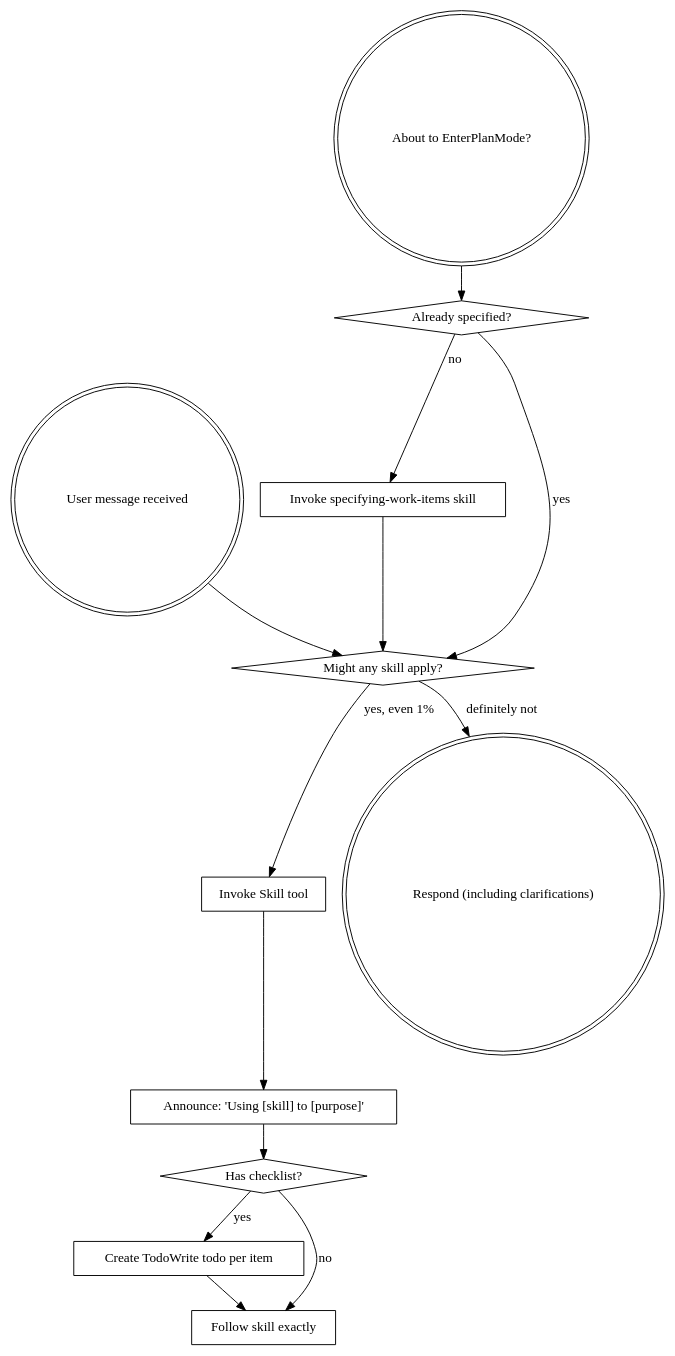
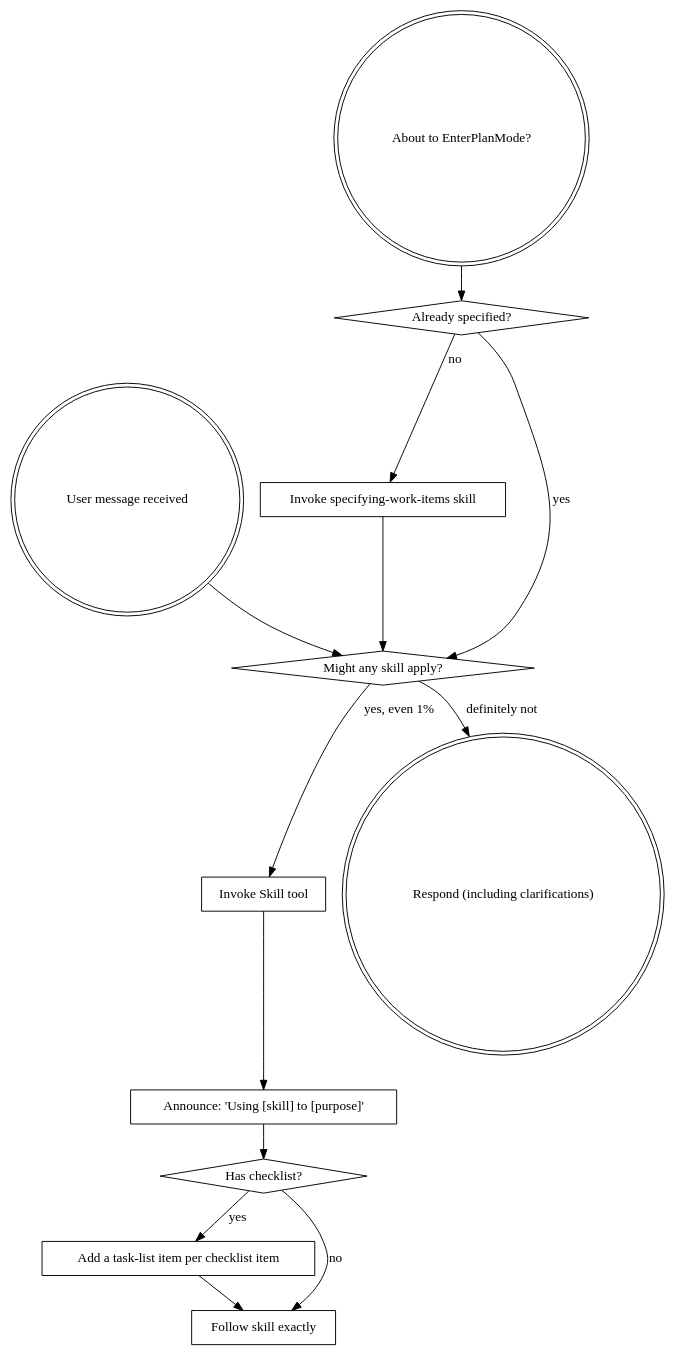
One commit to Itzalive/resistance-ai changed the diagram in skills/using-resistance-engine/SKILL.md. Above: the diagram before and after it, drawn with Graphviz. The commit also changed 10 other files, not shown here.

````diff
--- a/skills/using-resistance-engine/SKILL.md
+++ b/skills/using-resistance-engine/SKILL.md
@@ -50,29 +50,29 @@
 ```dot
 digraph skill_flow {
     "User message received" [shape=doublecircle];
     "About to EnterPlanMode?" [shape=doublecircle];
     "Already specified?" [shape=diamond];
     "Invoke specifying-work-items skill" [shape=box];
     "Might any skill apply?" [shape=diamond];
     "Invoke Skill tool" [shape=box];
     "Announce: 'Using [skill] to [purpose]'" [shape=box];
     "Has checklist?" [shape=diamond];
-    "Create TodoWrite todo per item" [shape=box];
+    "Add a task-list item per checklist item" [shape=box];
     "Follow skill exactly" [shape=box];
     "Respond (including clarifications)" [shape=doublecircle];
 
     "About to EnterPlanMode?" -> "Already specified?";
     "Already specified?" -> "Invoke specifying-work-items skill" [label="no"];
     "Already specified?" -> "Might any skill apply?" [label="yes"];
     "Invoke specifying-work-items skill" -> "Might any skill apply?";
 
     "User message received" -> "Might any skill apply?";
     "Might any skill apply?" -> "Invoke Skill tool" [label="yes, even 1%"];
     "Might any skill apply?" -> "Respond (including clarifications)" [label="definitely not"];
     "Invoke Skill tool" -> "Announce: 'Using [skill] to [purpose]'";
     "Announce: 'Using [skill] to [purpose]'" -> "Has checklist?";
-    "Has checklist?" -> "Create TodoWrite todo per item" [label="yes"];
+    "Has checklist?" -> "Add a task-list item per checklist item" [label="yes"];
     "Has checklist?" -> "Follow skill exactly" [label="no"];
-    "Create TodoWrite todo per item" -> "Follow skill exactly";
+    "Add a task-list item per checklist item" -> "Follow skill exactly";
 }
 ```
````
